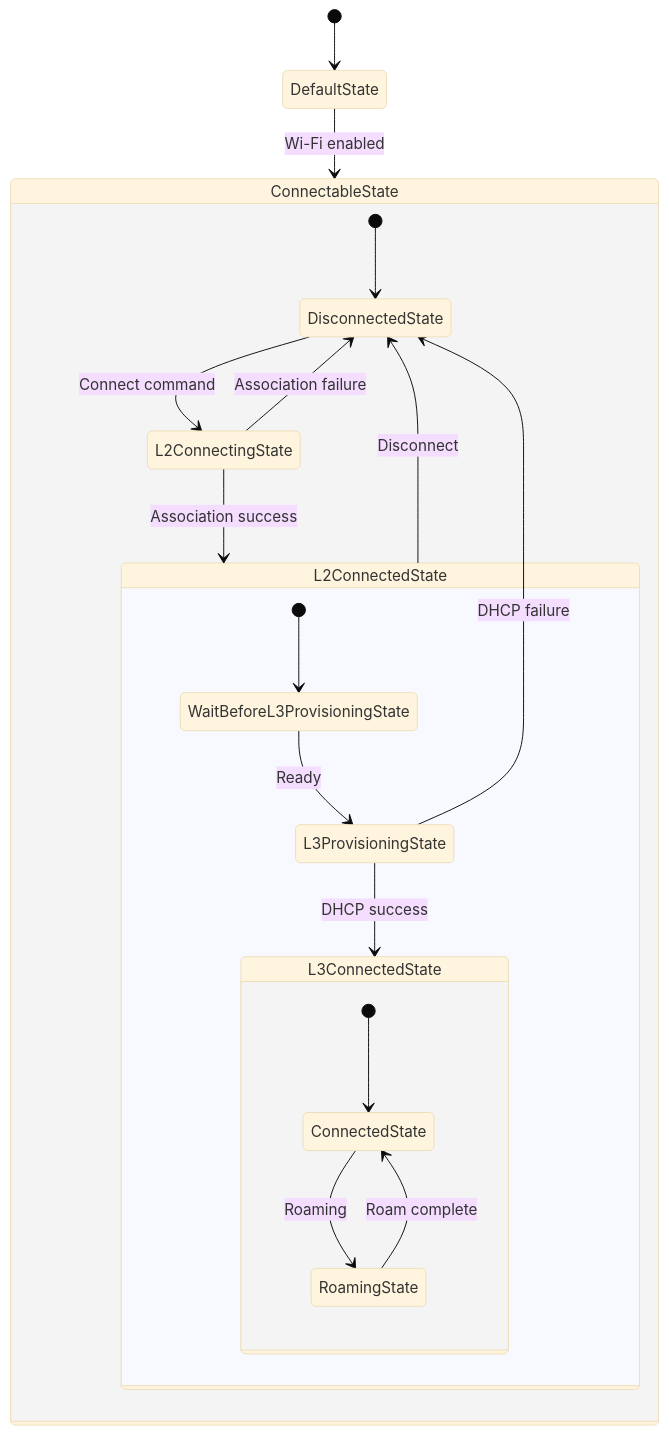
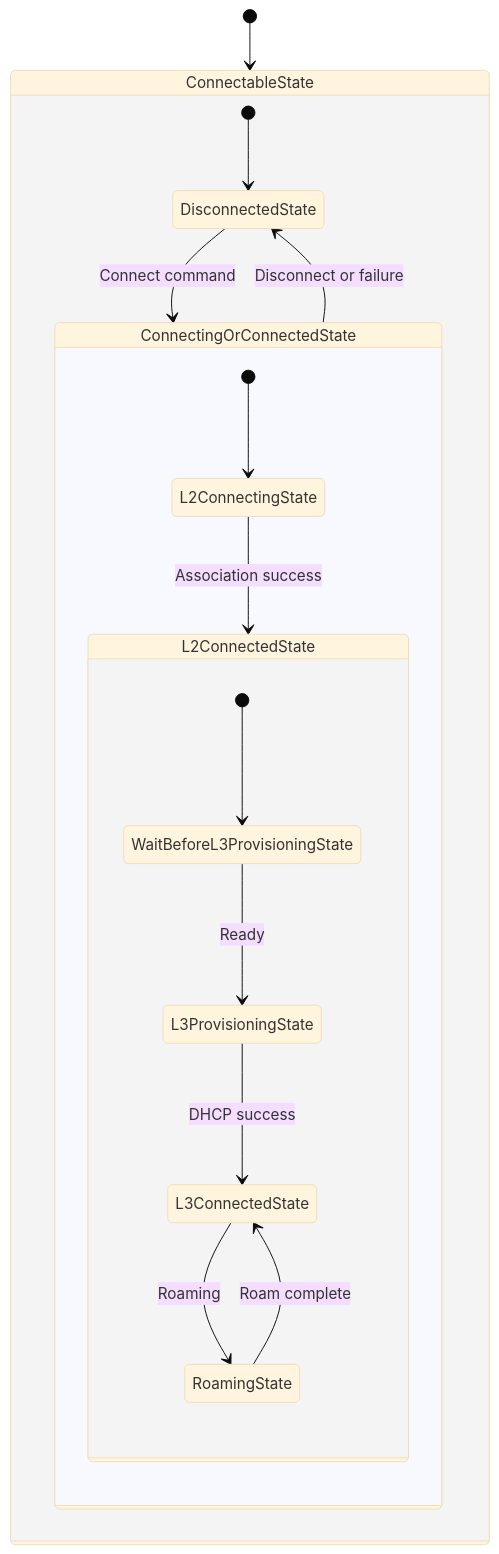
Before and after one commit to aospbooks/aosp-internal-book: the tenth of 55 diagrams in 35-networking.md, drawn with Mermaid (base theme). The commit also changed other lines of this file and 218 other files, not shown here.

````diff
--- a/35-networking.md
+++ b/35-networking.md
@@ -755,26 +755,23 @@
 ```mermaid
 stateDiagram-v2
-    [*] --> DefaultState
-    DefaultState --> ConnectableState: Wi-Fi enabled
+    [*] --> ConnectableState
 
     state ConnectableState {
         [*] --> DisconnectedState
-        DisconnectedState --> L2ConnectingState: Connect command
-        L2ConnectingState --> L2ConnectedState: Association success
-        L2ConnectingState --> DisconnectedState: Association failure
+        DisconnectedState --> ConnectingOrConnectedState: Connect command
 
-        state L2ConnectedState {
-            [*] --> WaitBeforeL3ProvisioningState
-            WaitBeforeL3ProvisioningState --> L3ProvisioningState: Ready
-            L3ProvisioningState --> L3ConnectedState: DHCP success
-            L3ProvisioningState --> DisconnectedState: DHCP failure
+        state ConnectingOrConnectedState {
+            [*] --> L2ConnectingState
+            L2ConnectingState --> L2ConnectedState: Association success
 
-            state L3ConnectedState {
-                [*] --> ConnectedState
-                ConnectedState --> RoamingState: Roaming
-                RoamingState --> ConnectedState: Roam complete
+            state L2ConnectedState {
+                [*] --> WaitBeforeL3ProvisioningState
+                WaitBeforeL3ProvisioningState --> L3ProvisioningState: Ready
+                L3ProvisioningState --> L3ConnectedState: DHCP success
+                L3ConnectedState --> RoamingState: Roaming
+                RoamingState --> L3ConnectedState: Roam complete
             }
         }
-        L2ConnectedState --> DisconnectedState: Disconnect
+        ConnectingOrConnectedState --> DisconnectedState: Disconnect or failure
     }
 ```
````
